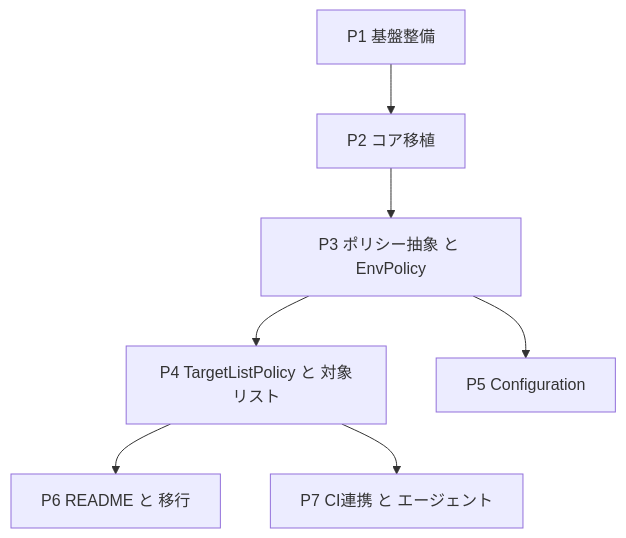
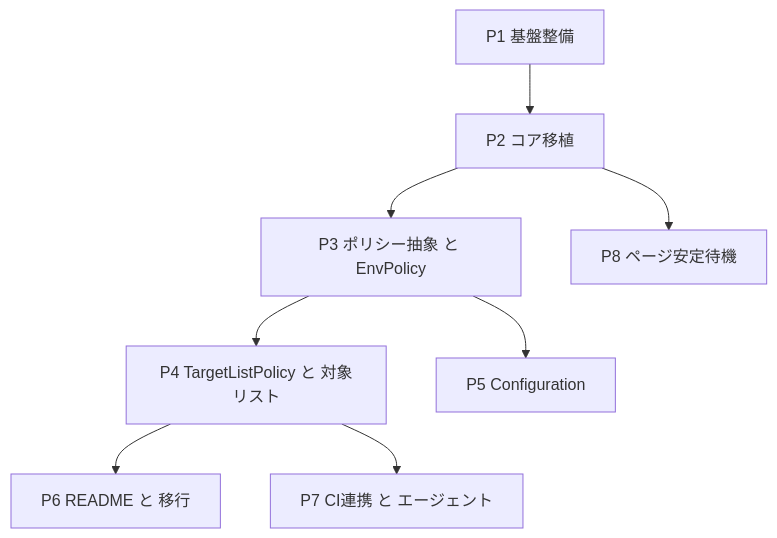
One commit to aki77/capybara-storyboard changed the diagram in doc/plans/README.md. Above: the diagram before and after it, drawn with Mermaid. The commit also changed other lines of this file and 10 other files, not shown here.

````diff
--- a/doc/plans/README.md
+++ b/doc/plans/README.md
@@ -28,9 +29,10 @@
 ```mermaid
 graph TD
     P1["P1 基盤整備"] --> P2["P2 コア移植"]
     P2 --> P3["P3 ポリシー抽象 と EnvPolicy"]
+    P2 --> P8["P8 ページ安定待機"]
     P3 --> P4["P4 TargetListPolicy と 対象リスト"]
     P3 --> P5["P5 Configuration"]
     P4 --> P6["P6 README と 移行"]
     P4 --> P7["P7 CI連携 と エージェント"]
 ```
````
